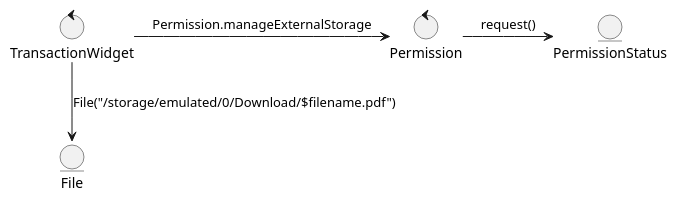
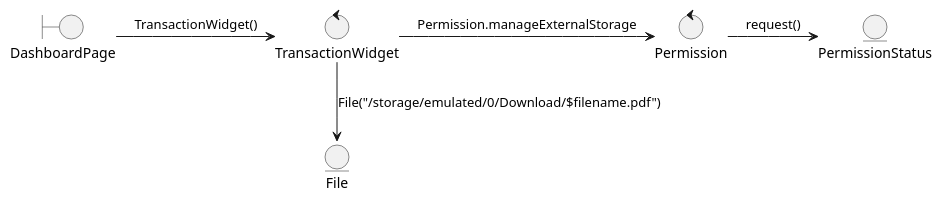
One commit to stnDinus/skpl_apbo_diagrams changed the diagram in pdf_trx_history_colab.puml. Above: the diagram before and after it, drawn with PlantUML. The commit also changed 8 other files, not shown here.

```diff
--- a/pdf_trx_history_colab.puml
+++ b/pdf_trx_history_colab.puml
@@ -1,10 +1,12 @@
 @startuml
+boundary DashboardPage
 control TransactionWidget
 control Permission
 entity PermissionStatus
 entity File
 
+(DashboardPage) -> (TransactionWidget): TransactionWidget()
 (TransactionWidget) -> (Permission): Permission.manageExternalStorage
 (Permission) -> (PermissionStatus): request()
 (TransactionWidget) --> (File): File("/storage/emulated/0/Download/$filename.pdf")
 @enduml
```
